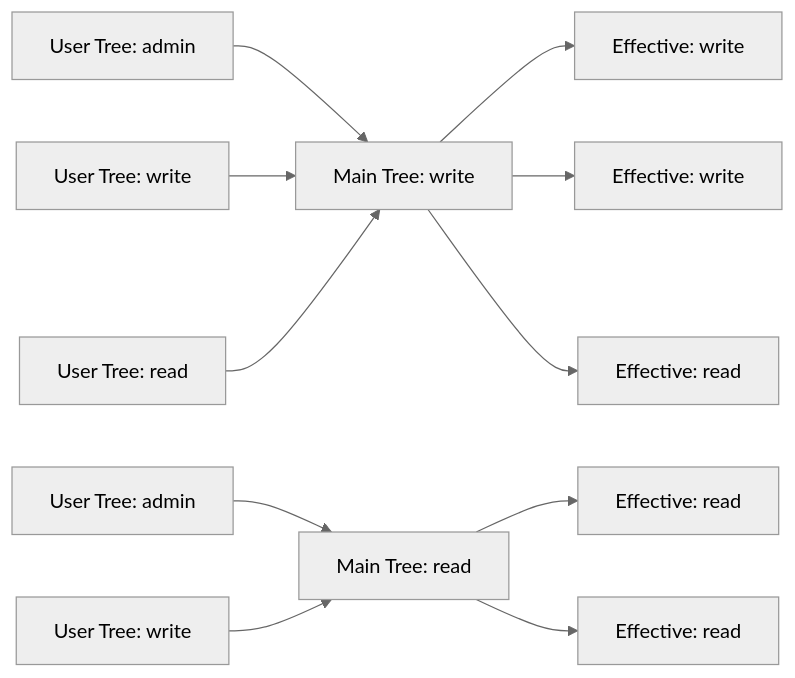
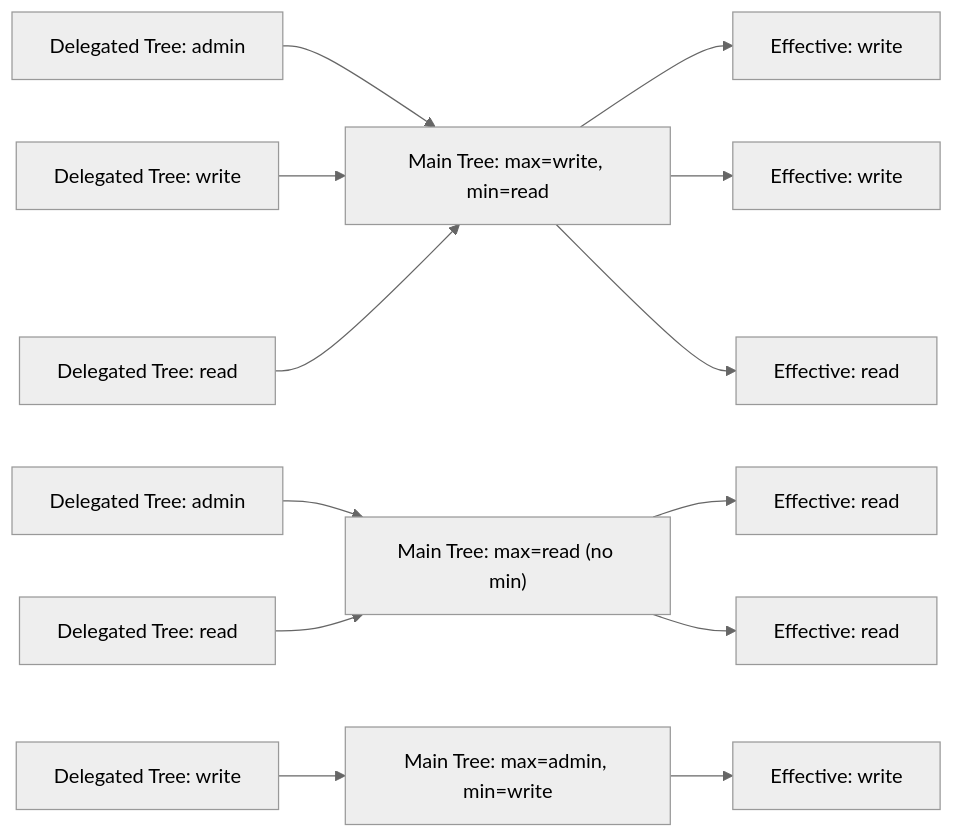
One commit to arcuru/eidetica changed the third of 7 diagrams in docs/src/design/authentication.md. Above: the diagram before and after it, drawn with Mermaid (neutral theme). The commit also changed other lines of this file and 7 other files, not shown here.

````diff
--- a/docs/src/design/authentication.md
+++ b/docs/src/design/authentication.md
@@ -396,9 +337,10 @@
 ```mermaid
 graph LR
-    A["User Tree: admin"] --> B["Main Tree: write"] --> C["Effective: write"]
-    D["User Tree: write"] --> B --> E["Effective: write"]
-    F["User Tree: read"] --> B --> G["Effective: read"]
+    A["Delegated Tree: admin"] --> B["Main Tree: max=write, min=read"] --> C["Effective: write"]
+    D["Delegated Tree: write"] --> B --> E["Effective: write"]
+    F["Delegated Tree: read"] --> B --> G["Effective: read"]
 
-    H["User Tree: admin"] --> I["Main Tree: read"] --> J["Effective: read"]
-    K["User Tree: write"] --> I --> L["Effective: read"]
+    H["Delegated Tree: admin"] --> I["Main Tree: max=read (no min)"] --> J["Effective: read"]
+    K["Delegated Tree: read"] --> I --> L["Effective: read"]
+    M["Delegated Tree: write"] --> N["Main Tree: max=admin, min=write"] --> O["Effective: write"]
 ```
````
